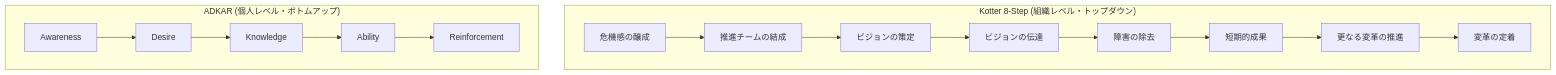
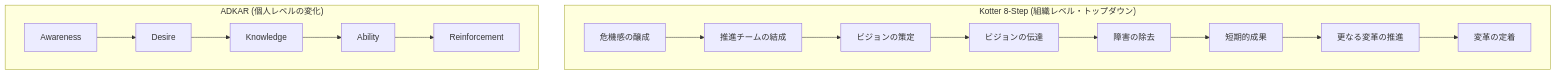
Diagram 11 of 15 in Csp-sm-certified-scrum-professional-scrummaster-study-guide.md (myoshi2891/Management-Team-Building-Studies), drawn with Mermaid before and after one commit. The commit also changed other lines of this file, not shown here.

````diff
--- a/Csp-sm-certified-scrum-professional-scrummaster-study-guide.md
+++ b/Csp-sm-certified-scrum-professional-scrummaster-study-guide.md
@@ -608,9 +597,9 @@
 ```mermaid
 flowchart TB
     subgraph Kotter["Kotter 8-Step (組織レベル・トップダウン)"]
         K1["危機感の醸成"] --> K2["推進チームの結成"] --> K3["ビジョンの策定"] --> K4["ビジョンの伝達"] --> K5["障害の除去"] --> K6["短期的成果"] --> K7["更なる変革の推進"] --> K8["変革の定着"]
     end
-    subgraph ADKAR["ADKAR (個人レベル・ボトムアップ)"]
+    subgraph ADKAR["ADKAR (個人レベルの変化)"]
         A1["Awareness"] --> A2["Desire"] --> A3["Knowledge"] --> A4["Ability"] --> A5["Reinforcement"]
     end
 ```
````
